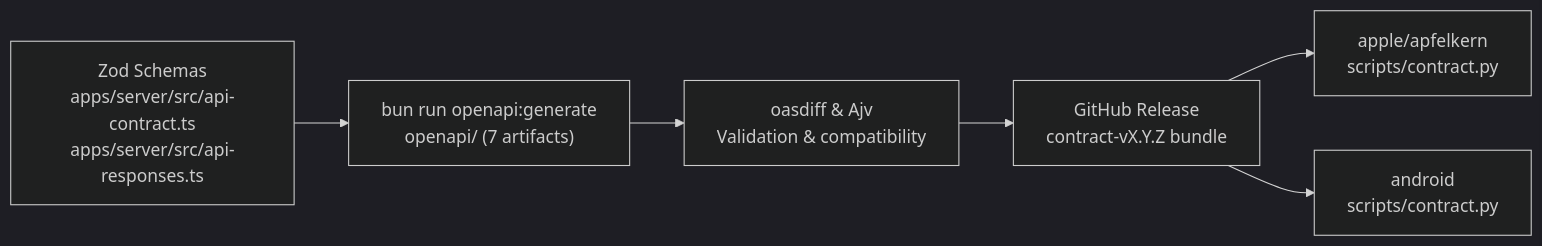
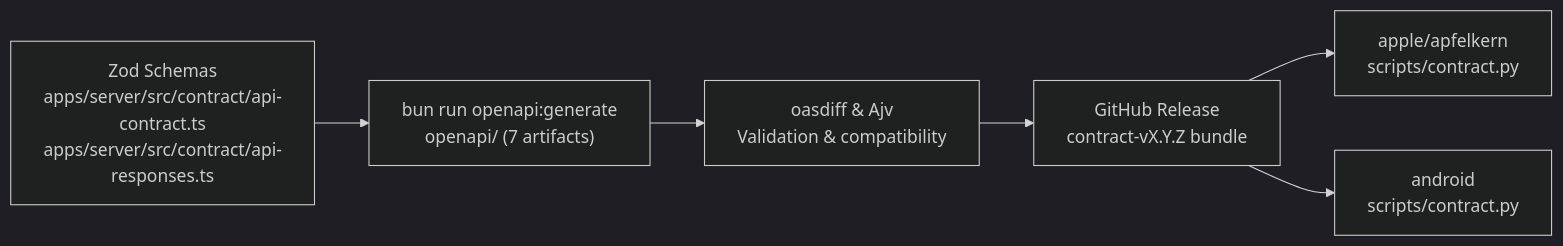
The diagram in docs/api-contract.md (crumble-project/bot), drawn with Mermaid (dark theme) before and after one commit. The commit also changed other lines of this file and 237 other files, not shown here.

````diff
--- a/docs/api-contract.md
+++ b/docs/api-contract.md
@@ -5,8 +5,8 @@
 ```mermaid
 flowchart LR
-  Schemas["Zod Schemas\napps/server/src/api-contract.ts\napps/server/src/api-responses.ts"] --> Gen["bun run openapi:generate\nopenapi/ (7 artifacts)"]
+  Schemas["Zod Schemas\napps/server/src/contract/api-contract.ts\napps/server/src/contract/api-responses.ts"] --> Gen["bun run openapi:generate\nopenapi/ (7 artifacts)"]
   Gen --> Check["oasdiff & Ajv\nValidation & compatibility"]
   Check --> Release["GitHub Release\ncontract-vX.Y.Z bundle"]
   Release --> Apple["apple/apfelkern\nscripts/contract.py"]
   Release --> Android["android\nscripts/contract.py"]
 ```
````
